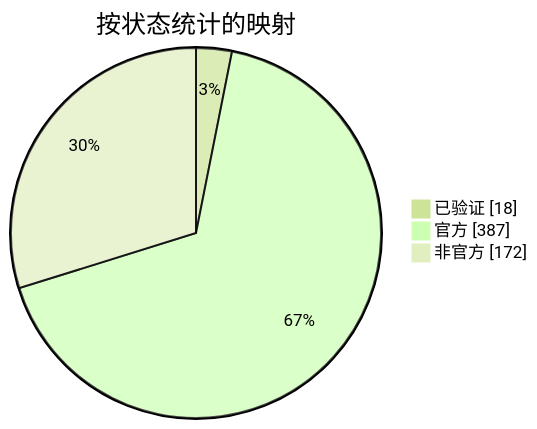
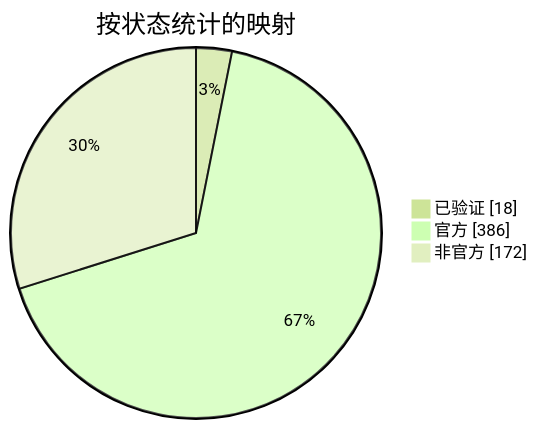
One commit to nobrega8/mbmap-library changed the diagram in docs/readme/README_ZHS.md. Above: the diagram before and after it, drawn with Mermaid (forest theme). The commit also changed 5 other files, not shown here.

````diff
--- a/docs/readme/README_ZHS.md
+++ b/docs/readme/README_ZHS.md
@@ -54,7 +54,7 @@
 ```mermaid
 pie showData
     title 按状态统计的映射
     "已验证" : 18
-    "官方" : 387
+    "官方" : 386
     "非官方" : 172
 ```
````
